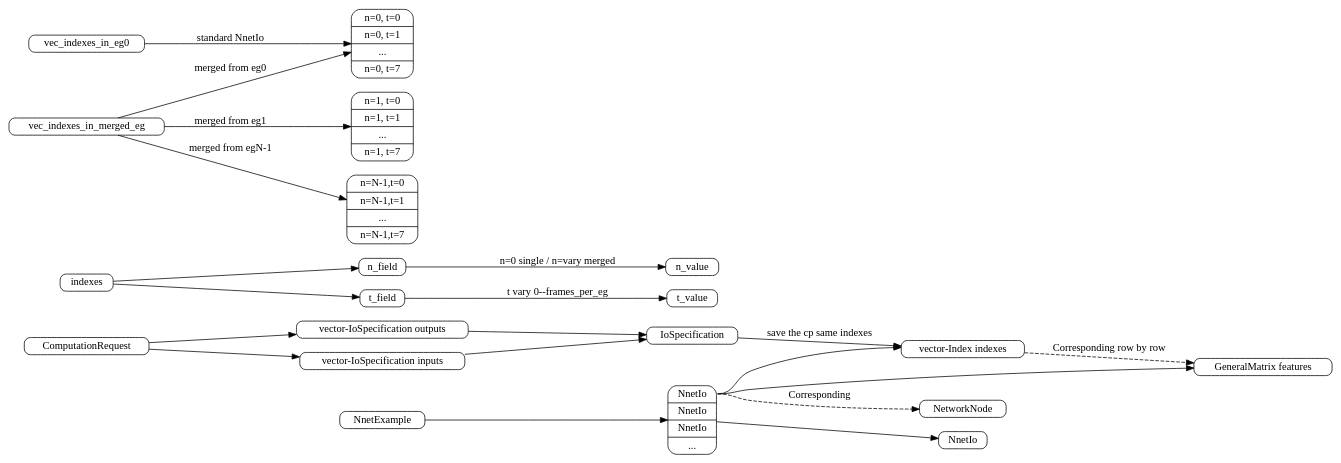
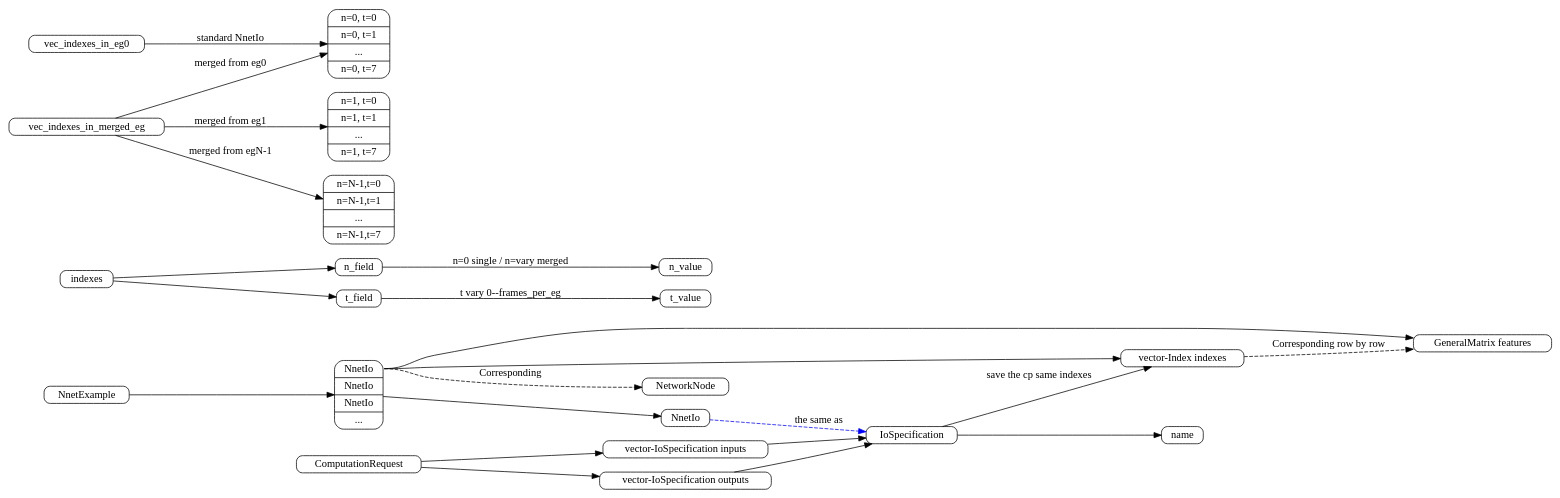
One commit to Nisoka/kaldi-orgs changed the diagram in others/dot-graph/Index-NnetIo-Request.dot. Above: the diagram before and after it, drawn with Graphviz. The commit also changed 10 other files, not shown here.

```diff
--- a/others/dot-graph/Index-NnetIo-Request.dot
+++ b/others/dot-graph/Index-NnetIo-Request.dot
@@ -1,44 +1,47 @@
 digraph ComputationGraph{
         rankdir = LR
         node[shape=Mrecord, width=.1, height=.1]
 
         NnetExample -> vec_NnetIo -> NnetIo
         vec_NnetIo[label="<1>NnetIo | NnetIo | NnetIo |..."]
 
 
 
         vec_NnetIo:1 -> features
         vec_NnetIo:1 -> indexes
         features[label="GeneralMatrix features"]
         indexes[label="vector-Index indexes"]
         indexes -> features[style=dashed, label="Corresponding row by row"]
 
         vec_NnetIo:1 -> NetworkNode[label="Corresponding",style=dashed]
 
 
         ComputationRequest -> inputs -> IoSpecification
         ComputationRequest -> outputs -> IoSpecification
 
         inputs[label="vector-IoSpecification inputs"]
         outputs[label="vector-IoSpecification outputs"]
 
 
         IoSpecification -> indexes[label="save the cp same indexes"]
+        NnetIo -> IoSpecification[style=dashed, label=" the same as", color=blue]
+        IoSpecification -> name
+        
 
         indexes_2 -> n_field
         indexes_2 -> t_field
 
         indexes_2[label="indexes"]
         
         n_field -> n_value[label="n=0 single / n=vary merged"]
         t_field -> t_value[label="t vary 0--frames_per_eg "]
 
         vec_indexes_in_merged_eg -> matrix_eg0[label="merged from eg0"]
         vec_indexes_in_merged_eg -> matrix_eg1[label="merged from eg1"]       
         vec_indexes_in_merged_eg -> matrix_eg2[label="merged from egN-1"]
         matrix_eg0[label="n=0, t=0 | n=0, t=1 |... | n=0, t=7"]
         matrix_eg1[label="n=1, t=0 | n=1, t=1 |... | n=1, t=7"]
         matrix_eg2[label="n=N-1,t=0 | n=N-1,t=1 |... | n=N-1,t=7"]
 
         vec_indexes_in_eg0 -> matrix_eg0[label="standard NnetIo"]
 }
```
